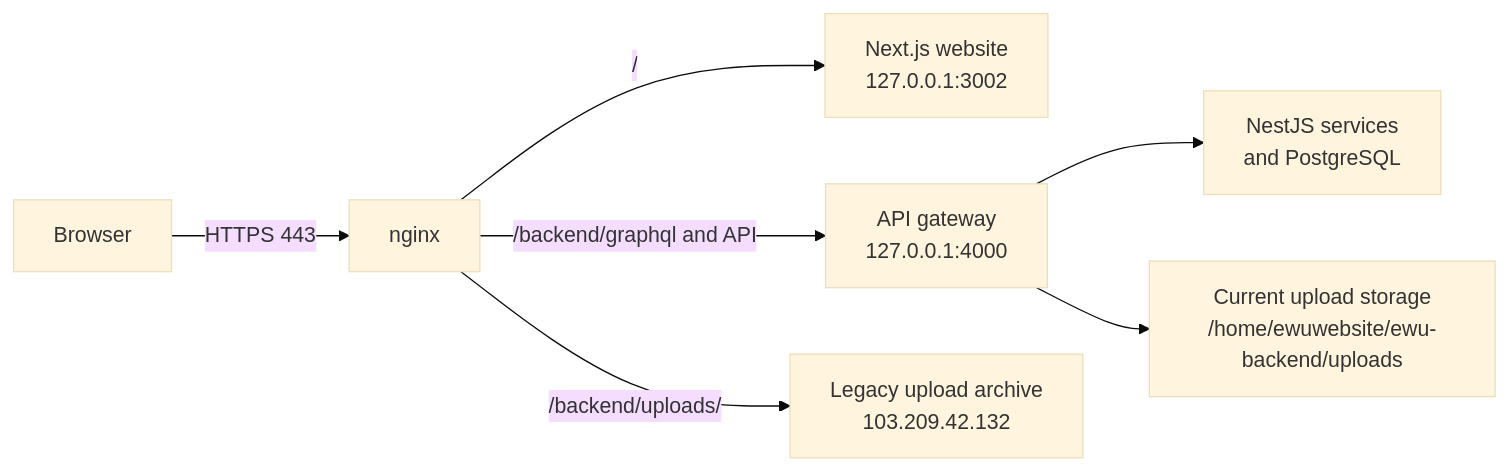
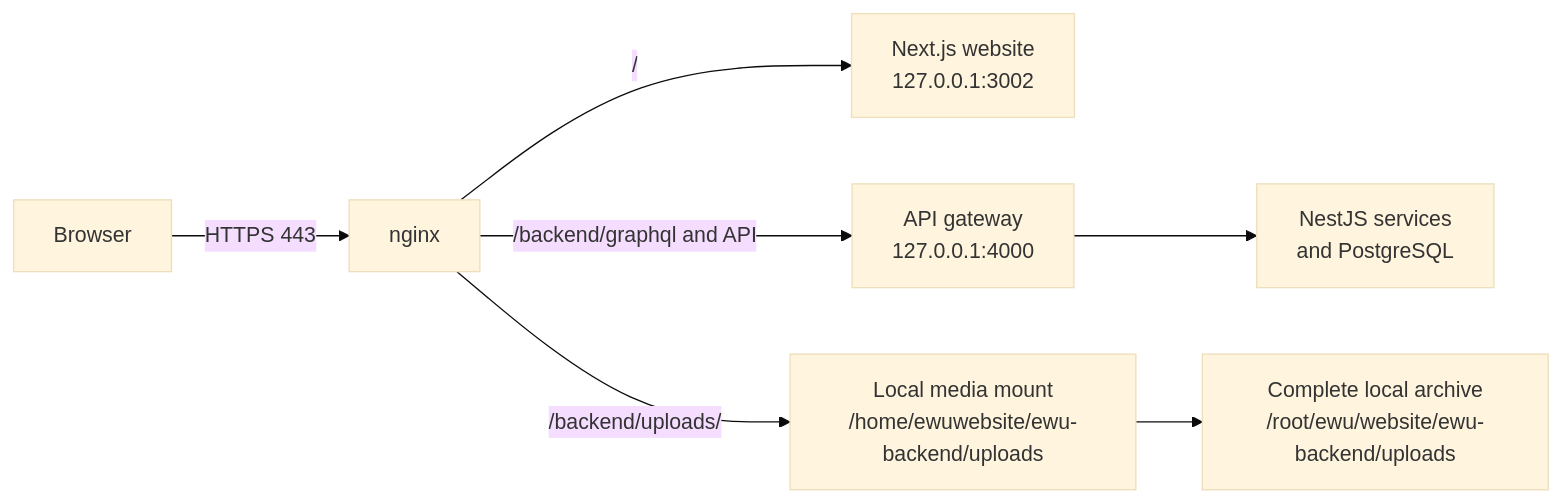
One commit to abhijet02/ewuwebsite changed the diagram in docs/DEPLOYMENT.md. Above: the diagram before and after it, drawn with Mermaid (base theme). The commit also changed other lines of this file and 3 other files, not shown here.

Commit message:
Deploy media from local archive

````diff
--- a/docs/DEPLOYMENT.md
+++ b/docs/DEPLOYMENT.md
@@ -8,9 +8,9 @@
 ```mermaid
 flowchart LR
     B[Browser] -->|HTTPS 443| N[nginx]
     N -->|/| W[Next.js website\n127.0.0.1:3002]
     N -->|/backend/graphql and API| G[API gateway\n127.0.0.1:4000]
     G --> S[NestJS services\nand PostgreSQL]
-    N -->|/backend/uploads/| L[Legacy upload archive\n103.209.42.132]
-    G --> U[Current upload storage\n/home/ewuwebsite/ewu-backend/uploads]
+    N -->|/backend/uploads/| U[Local media mount\n/home/ewuwebsite/ewu-backend/uploads]
+    U --> A[Complete local archive\n/root/ewu/website/ewu-backend/uploads]
 ```
````
